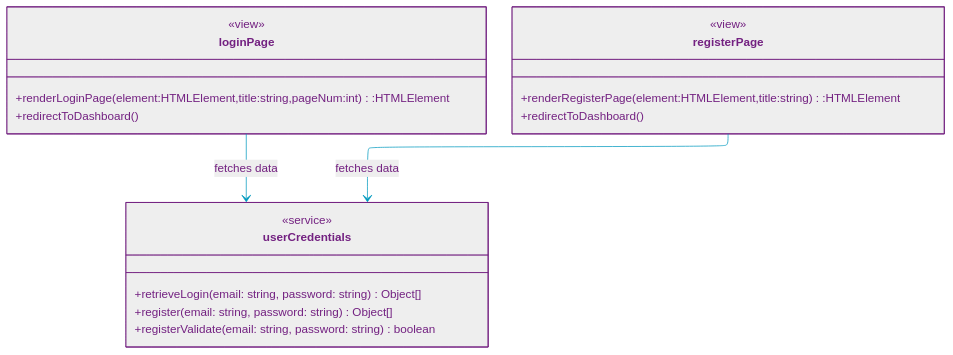
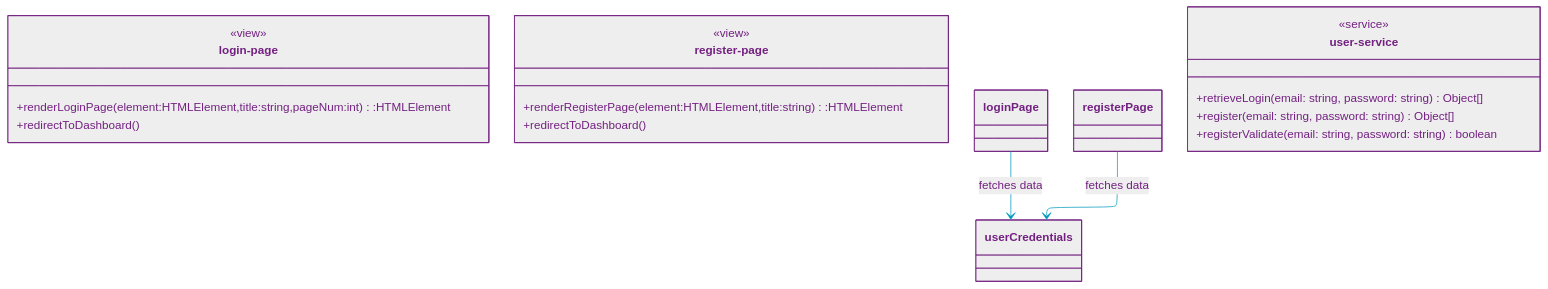
The diagram in uml/icd.md (null-0ne/COSA-195-Gamehub), drawn with Mermaid before and after one commit. The commit also changed 8 other files, not shown here.

Commit message:
Finished e2e tests for long-page and register-page, Updated user-credentials.js to user-service.js and refactored all respective calls to the service, updated retrieveLogin and register function in user-service, moved registerValidation function from user-service.js to register-page.js

````diff
--- a/uml/icd.md
+++ b/uml/icd.md
@@ -3,36 +3,36 @@
 ```mermaid
 %%{init:{"securityLevel":"loose","layout":"elk","elk":{"nodePlacementStrategy":"NETWORK_SIMPLEX"},"theme":"base",
 "themeVariables":{"primaryColor":"#EEE","primaryTextColor":"#732181","primaryBorderColor":"#732181","lineColor":"#009ABE","noteBorderColor":"#732181","noteBkgColor":"#F38A00","activationBkgColor":"#F38A00"    }
 }}%%
 %%----------------------- MERMAID MARKUP BELOW --------------------%%
 classDiagram
 %%  direction LR
 
-    class loginPage {
+    class login-page {
     <<view>>
         +renderLoginPage(element:HTMLElement,title:string,pageNum:int):HTMLElement
         +redirectToDashboard()
     }
 
-    class registerPage {
+    class register-page {
     <<view>>
         +renderRegisterPage(element:HTMLElement,title:string):HTMLElement
         +redirectToDashboard()
     }
 
 
     %% Relationships
     loginPage --> userCredentials : fetches data
     registerPage --> userCredentials : fetches data
 
 %%----- Services -----%%
 
-class userCredentials{
+class user-service{
     <<service>>
     +retrieveLogin(email: string, password: string) Object[]
     +register(email: string, password: string) Object[]
     +registerValidate(email: string, password: string) boolean
 }
 
 %%----------------------- MERMAID MARKUP ABOVE --------------------%%    
 ```
````
